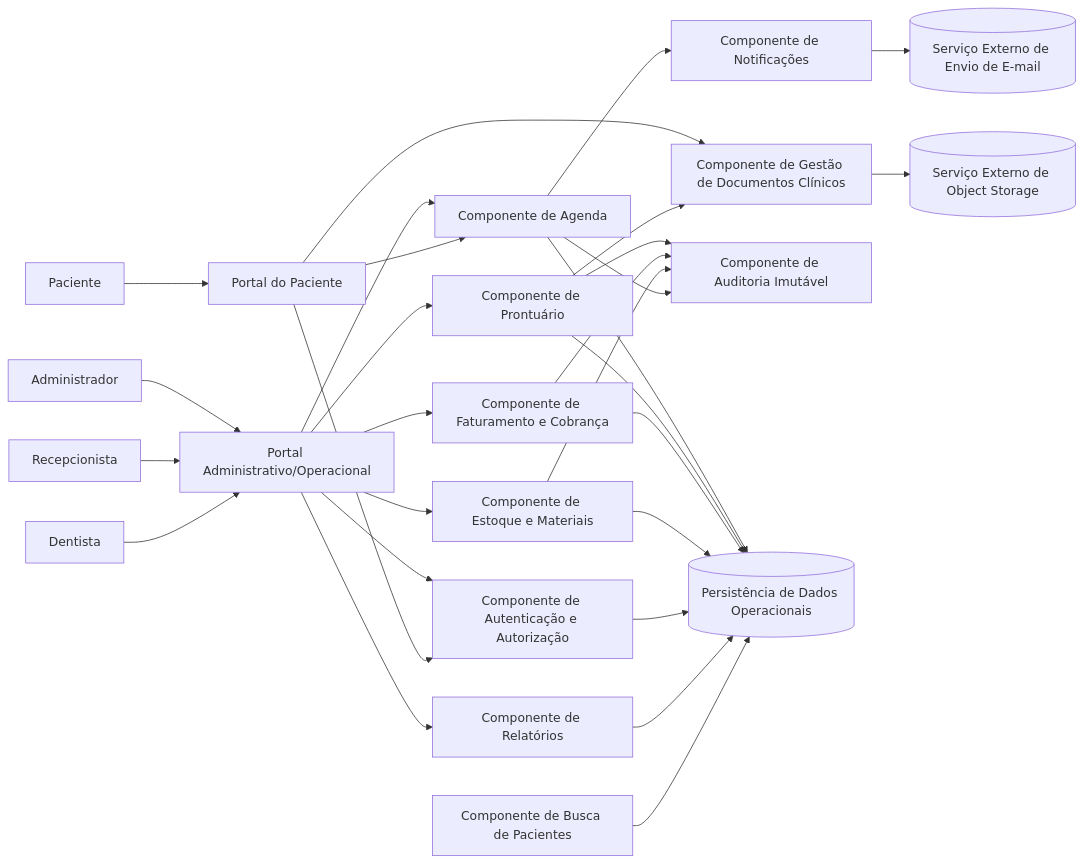
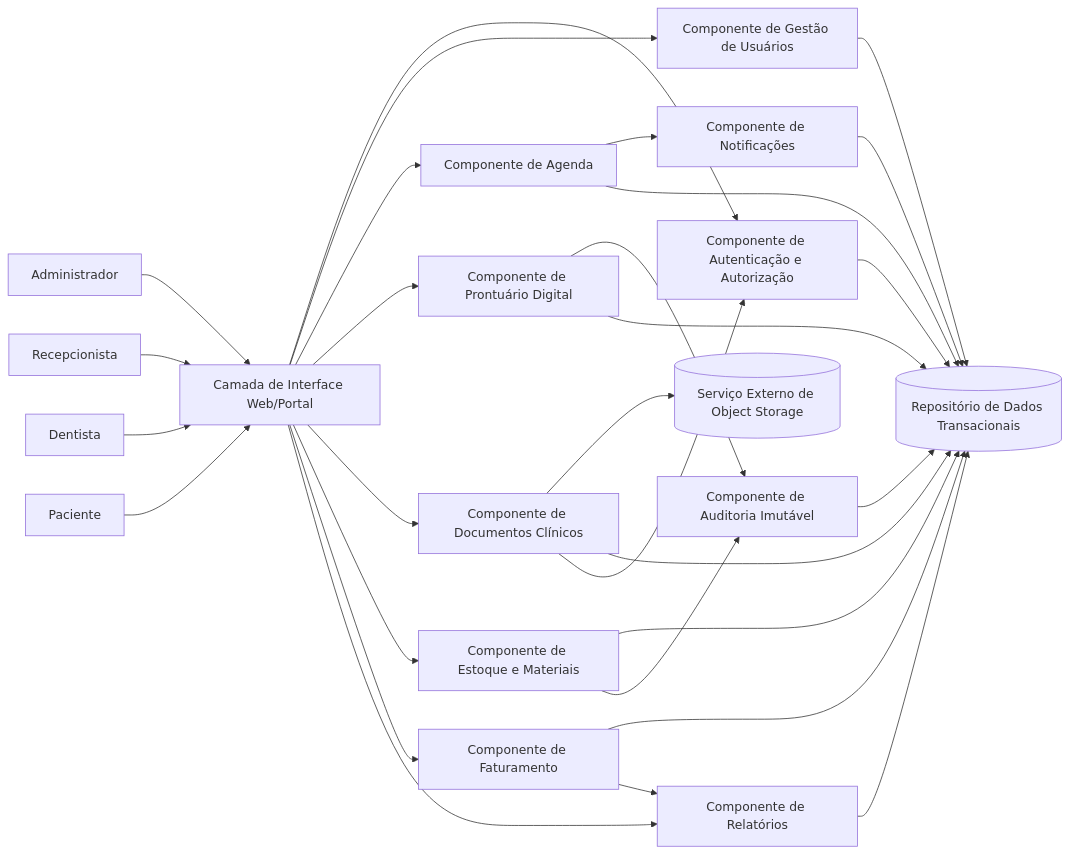
The first of 3 diagrams in docs/Time_2_Design/analise-qualitativa/outputs/relatorio_gpt_5_3_codex_M02.md (PDC-ESIA/AI4ES), drawn with Mermaid before and after one commit. The commit also changed other lines of this file and 107 other files, not shown here.

````diff
--- a/docs/Time_2_Design/analise-qualitativa/outputs/relatorio_gpt_5_3_codex_M02.md
+++ b/docs/Time_2_Design/analise-qualitativa/outputs/relatorio_gpt_5_3_codex_M02.md
@@ -33,58 +40,57 @@
 ```mermaid
 flowchart LR
     U1[Administrador]
     U2[Recepcionista]
     U3[Dentista]
     U4[Paciente]
 
-    UIA[Portal Administrativo/Operacional]
-    UIP[Portal do Paciente]
+    UI[Camada de Interface Web/Portal]
+    AUTH[Componente de Autenticação e Autorização]
+    USER[Componente de Gestão de Usuários]
+    AGENDA[Componente de Agenda]
+    PRONT[Componente de Prontuário Digital]
+    DOCS[Componente de Documentos Clínicos]
+    ESTQ[Componente de Estoque e Materiais]
+    FAT[Componente de Faturamento]
+    REL[Componente de Relatórios]
+    NOTIF[Componente de Notificações]
+    AUDIT[Componente de Auditoria Imutável]
+    STORE[(Serviço Externo de Object Storage)]
+    DATA[(Repositório de Dados Transacionais)]
 
-    IAM[Componente de Autenticação e Autorização]
-    AG[Componente de Agenda]
-    PR[Componente de Prontuário]
-    DOC[Componente de Gestão de Documentos Clínicos]
-    FAT[Componente de Faturamento e Cobrança]
-    EST[Componente de Estoque e Materiais]
-    REL[Componente de Relatórios]
-    NOTI[Componente de Notificações]
-    AUD[Componente de Auditoria Imutável]
-    BUSCA[Componente de Busca de Pacientes]
-    STORE[(Serviço Externo de Object Storage)]
-    EMAIL[(Serviço Externo de Envio de E-mail)]
-    PERS[(Persistência de Dados Operacionais)]
+    U1 --> UI
+    U2 --> UI
+    U3 --> UI
+    U4 --> UI
 
-    U1 --> UIA
-    U2 --> UIA
-    U3 --> UIA
-    U4 --> UIP
+    UI --> AUTH
+    UI --> USER
+    UI --> AGENDA
+    UI --> PRONT
+    UI --> DOCS
+    UI --> ESTQ
+    UI --> FAT
+    UI --> REL
 
-    UIA --> IAM
-    UIP --> IAM
+    AGENDA --> NOTIF
+    AGENDA --> DATA
 
-    UIA --> AG
-    UIA --> PR
-    UIA --> FAT
-    UIA --> EST
-    UIA --> REL
-    UIP --> AG
-    UIP --> DOC
+    PRONT --> AUDIT
+    PRONT --> DATA
 
-    PR --> DOC
-    DOC --> STORE
-    AG --> NOTI
-    NOTI --> EMAIL
+    DOCS --> STORE
+    DOCS --> DATA
+    DOCS --> AUTH
 
-    AG --> PERS
-    PR --> PERS
-    FAT --> PERS
-    EST --> PERS
-    IAM --> PERS
-    REL --> PERS
-    BUSCA --> PERS
+    ESTQ --> DATA
+    ESTQ --> AUDIT
 
-    PR --> AUD
-    FAT --> AUD
-    EST --> AUD
-    AG --> AUD
+    FAT --> DATA
+    FAT --> REL
+
+    USER --> DATA
+    AUTH --> DATA
+    REL --> DATA
+    NOTIF --> DATA
+    AUDIT --> DATA
 ```
````
